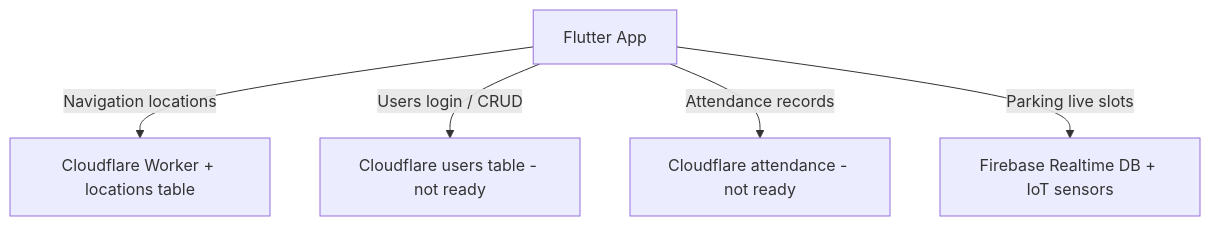
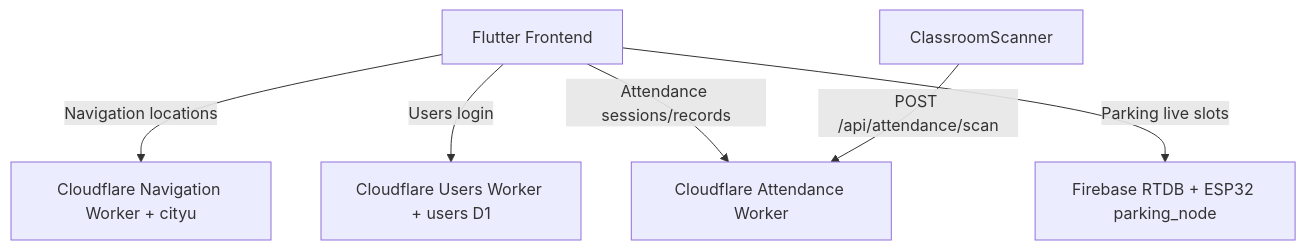
One commit to IOTERRO/SmartUni changed the seventh of 7 diagrams in docs/03_CODE_AND_ARCHITECTURE_DETAILED.md. Above: the diagram before and after it, drawn with Mermaid. The commit also changed other lines of this file and 2 other files, not shown here.

````diff
--- a/docs/03_CODE_AND_ARCHITECTURE_DETAILED.md
+++ b/docs/03_CODE_AND_ARCHITECTURE_DETAILED.md
@@ -240,8 +240,9 @@
 ```mermaid
 flowchart TB
-  App[Flutter App]
-  App -->|Navigation locations| CF1[Cloudflare Worker + locations table]
-  App -->|Users login / CRUD| CF2[Cloudflare users table - not ready]
-  App -->|Attendance records| CF3[Cloudflare attendance - not ready]
-  App -->|Parking live slots| FB[Firebase Realtime DB + IoT sensors]
+  App[Flutter Frontend]
+  App -->|Navigation locations| CF1[Cloudflare Navigation Worker + cityu]
+  App -->|Users login| CF2[Cloudflare Users Worker + users D1]
+  App -->|Attendance sessions/records| CF3[Cloudflare Attendance Worker]
+  App -->|Parking live slots| FB[Firebase RTDB + ESP32 parking_node]
+  Scan[ClassroomScanner] -->|POST /api/attendance/scan| CF3
 ```
````
